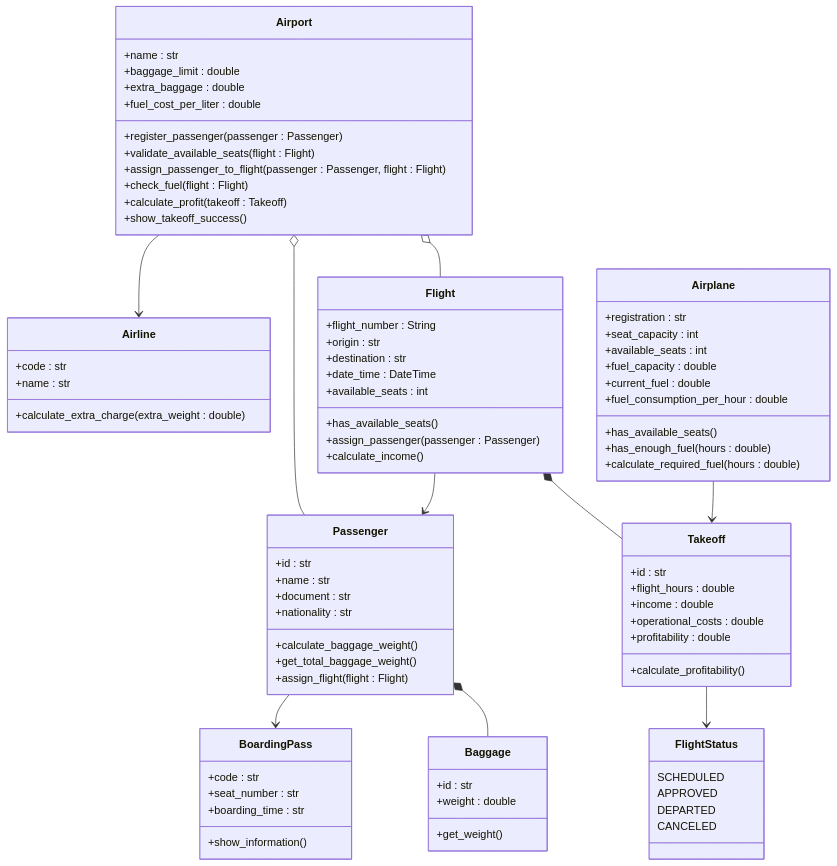
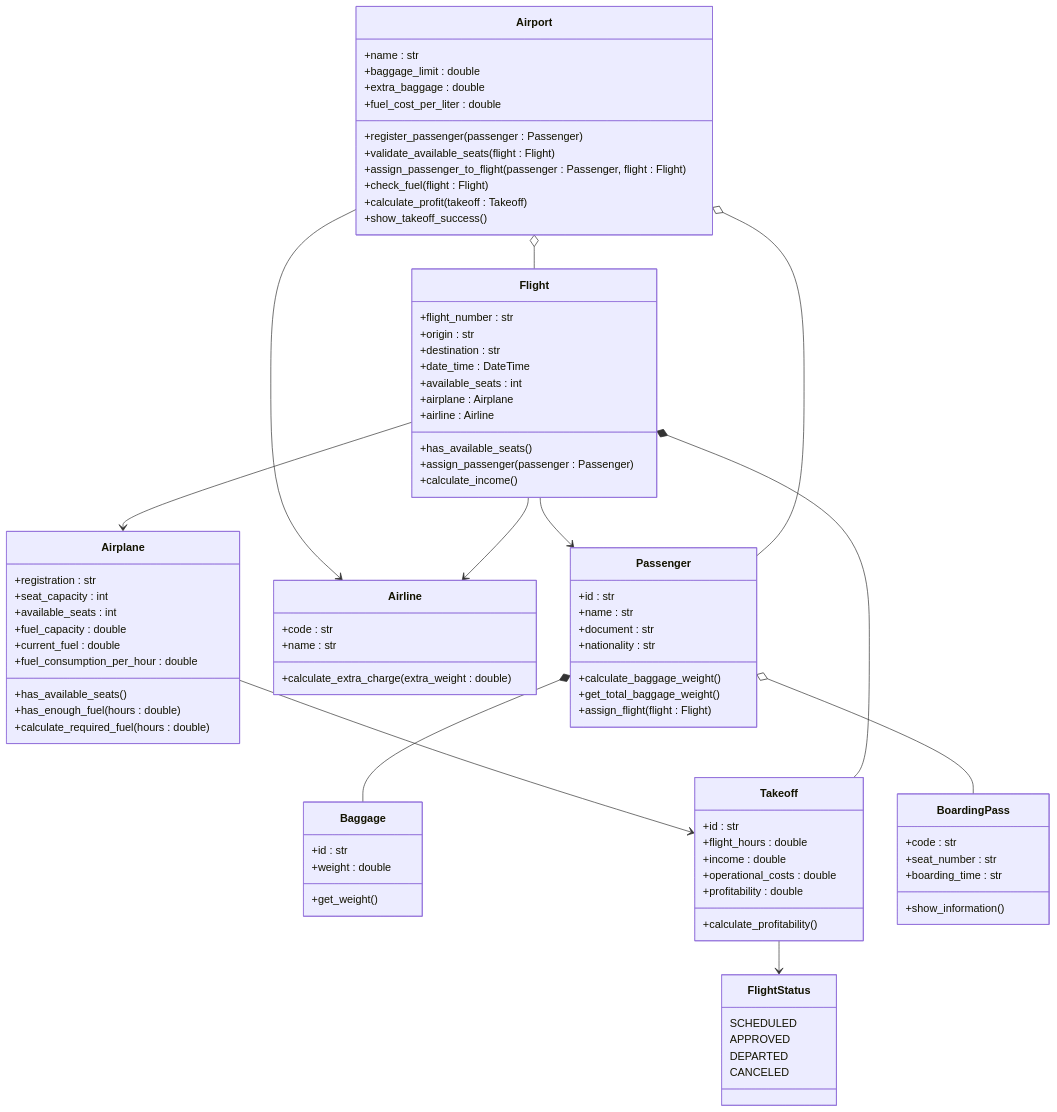
One commit to CristianDuarted/Proyecto-Aeropuerto-POO changed the diagram in README.md. Above: the diagram before and after it, drawn with Mermaid.

Commit message:
Correcciones minimas en el diagrama UML

```diff
--- a/README.md
+++ b/README.md
@@ -68,11 +68,13 @@
     }
 
     class Flight {
-        +flight_number : String
+        +flight_number : str
         +origin : str
         +destination : str
         +date_time : DateTime
         +available_seats : int
+        +airplane : Airplane
+        +airline : Airline
         +has_available_seats()
         +assign_passenger(passenger : Passenger)
         +calculate_income()
@@ -113,7 +115,9 @@
     +show_information()
     }
 
-    Passenger --> BoardingPass
+    Flight --> Airplane
+    Flight --> Airline
+    Passenger o-- BoardingPass
     Airport o-- Passenger
     Passenger *-- Baggage
     Airport o-- Flight
```
